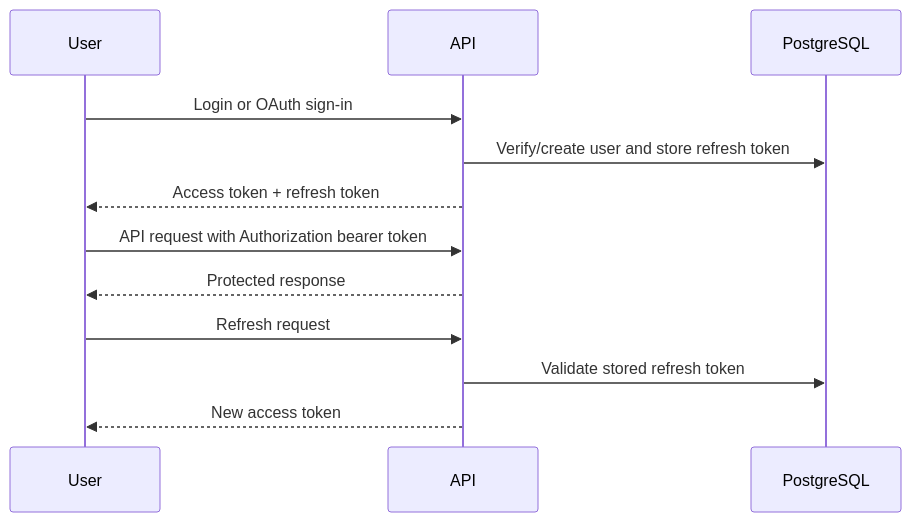
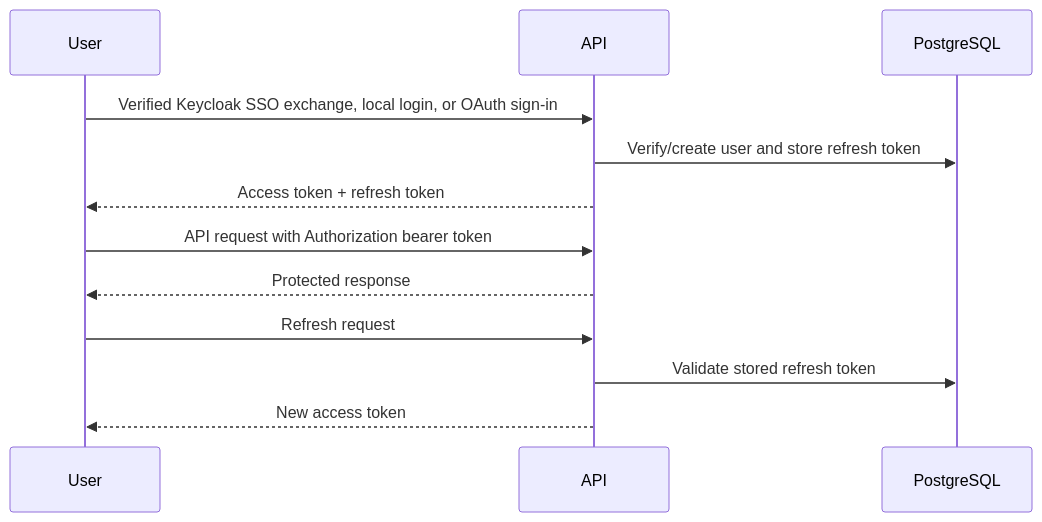
Before and after one commit to chefzaid/thoughty: the diagram in docs/security.md, drawn with Mermaid. The commit also changed other lines of this file and 123 other files, not shown here.

````diff
--- a/docs/security.md
+++ b/docs/security.md
@@ -24,15 +26,15 @@
 ```mermaid
 sequenceDiagram
     participant User
     participant API
     participant DB as PostgreSQL
 
-    User->>API: Login or OAuth sign-in
+    User->>API: Verified Keycloak SSO exchange, local login, or OAuth sign-in
     API->>DB: Verify/create user and store refresh token
     API-->>User: Access token + refresh token
     User->>API: API request with Authorization bearer token
     API-->>User: Protected response
     User->>API: Refresh request
     API->>DB: Validate stored refresh token
     API-->>User: New access token
 ```
````
